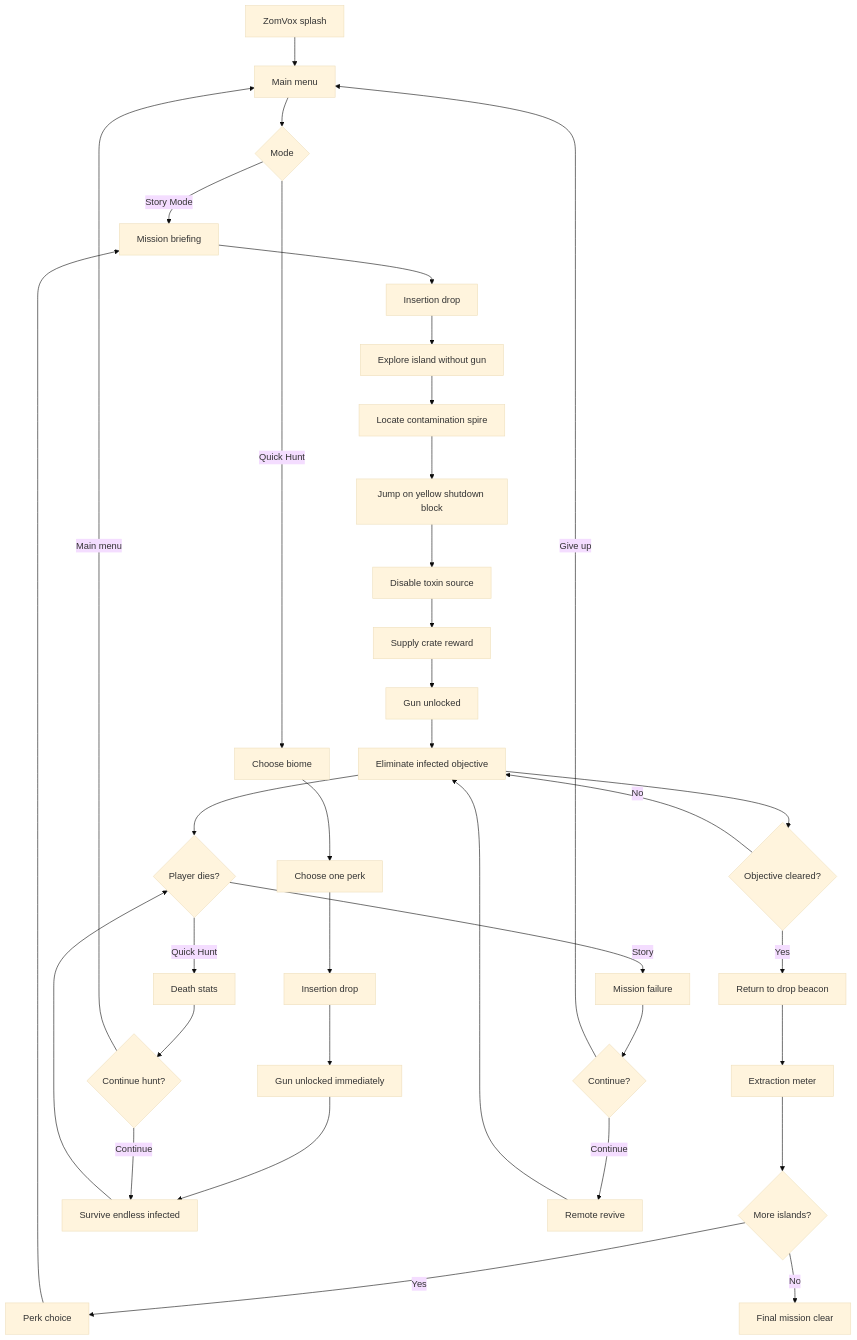
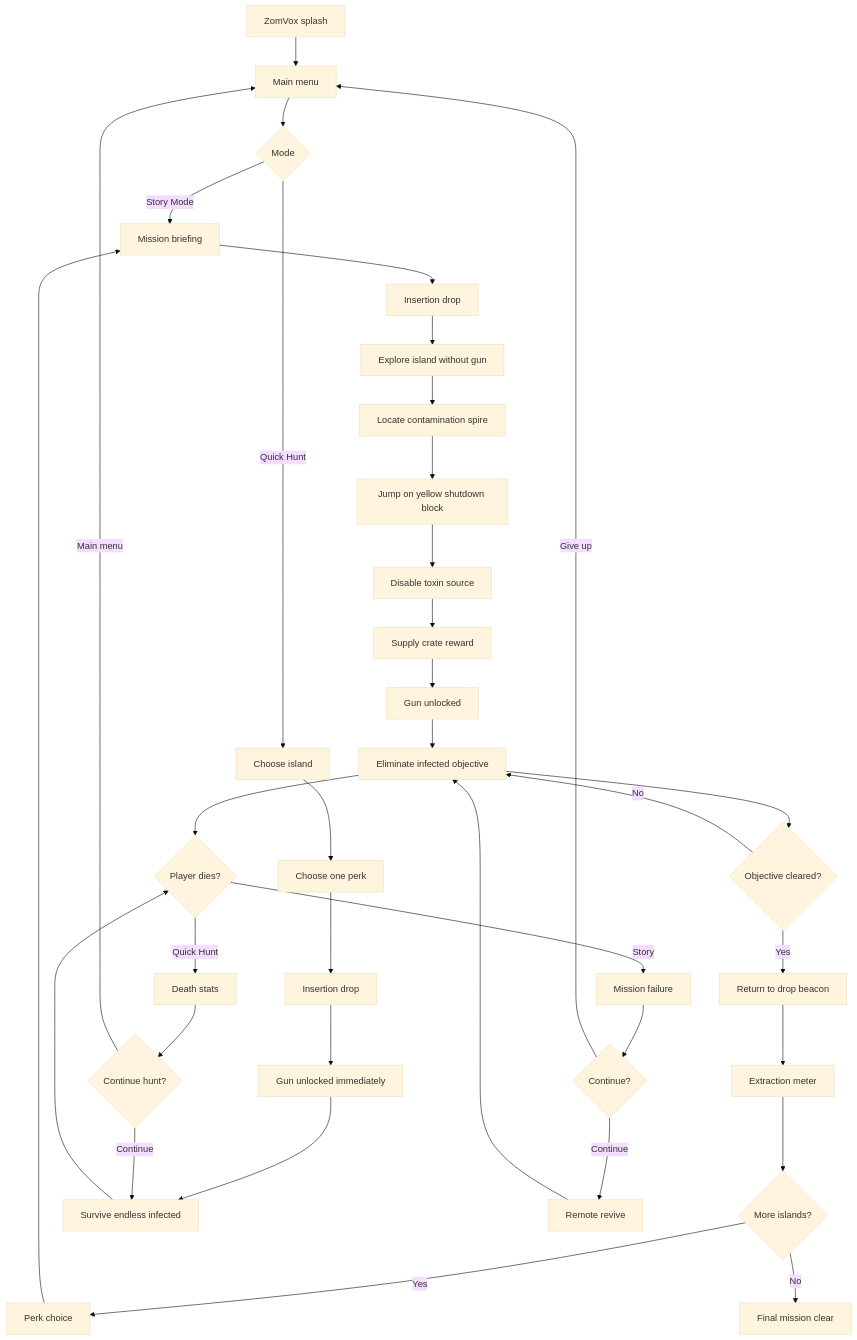
One commit to jayjonesvip/zomvox changed the diagram in README.md. Above: the diagram before and after it, drawn with Mermaid (base theme). The commit also changed other lines of this file and 5 other files, not shown here.

````diff
--- a/README.md
+++ b/README.md
@@ -52,41 +52,41 @@
 ```mermaid
 flowchart TD
     A[ZomVox splash] --> B[Main menu]
     B --> C{Mode}
 
     C -->|Story Mode| D[Mission briefing]
     D --> E[Insertion drop]
     E --> F[Explore island without gun]
     F --> G[Locate contamination spire]
     G --> H[Jump on yellow shutdown block]
     H --> I[Disable toxin source]
     I --> J[Supply crate reward]
     J --> K[Gun unlocked]
     K --> L[Eliminate infected objective]
     L --> M{Objective cleared?}
     M -->|No| L
     M -->|Yes| N[Return to drop beacon]
     N --> O[Extraction meter]
     O --> P{More islands?}
     P -->|Yes| Q[Perk choice]
     Q --> D
     P -->|No| R[Final mission clear]
 
-    C -->|Quick Hunt| S[Choose biome]
+    C -->|Quick Hunt| S[Choose island]
     S --> T[Choose one perk]
     T --> U[Insertion drop]
     U --> V[Gun unlocked immediately]
     V --> W[Survive endless infected]
 
     L --> X{Player dies?}
     W --> X
     X -->|Story| Y[Mission failure]
     Y --> Z{Continue?}
     Z -->|Continue| AA[Remote revive]
     AA --> L
     Z -->|Give up| B
     X -->|Quick Hunt| AB[Death stats]
     AB --> AC{Continue hunt?}
     AC -->|Continue| W
     AC -->|Main menu| B
 ```
````
